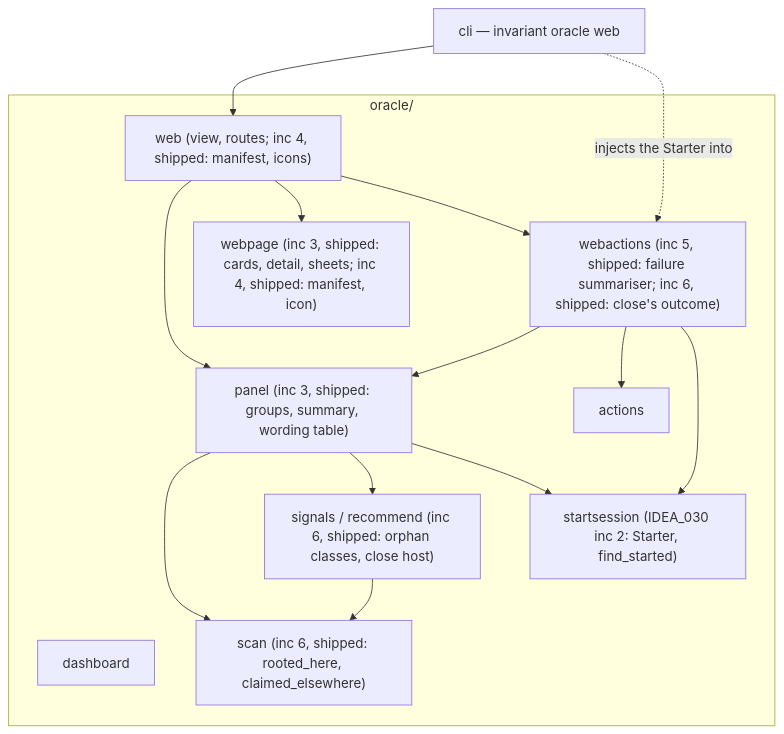
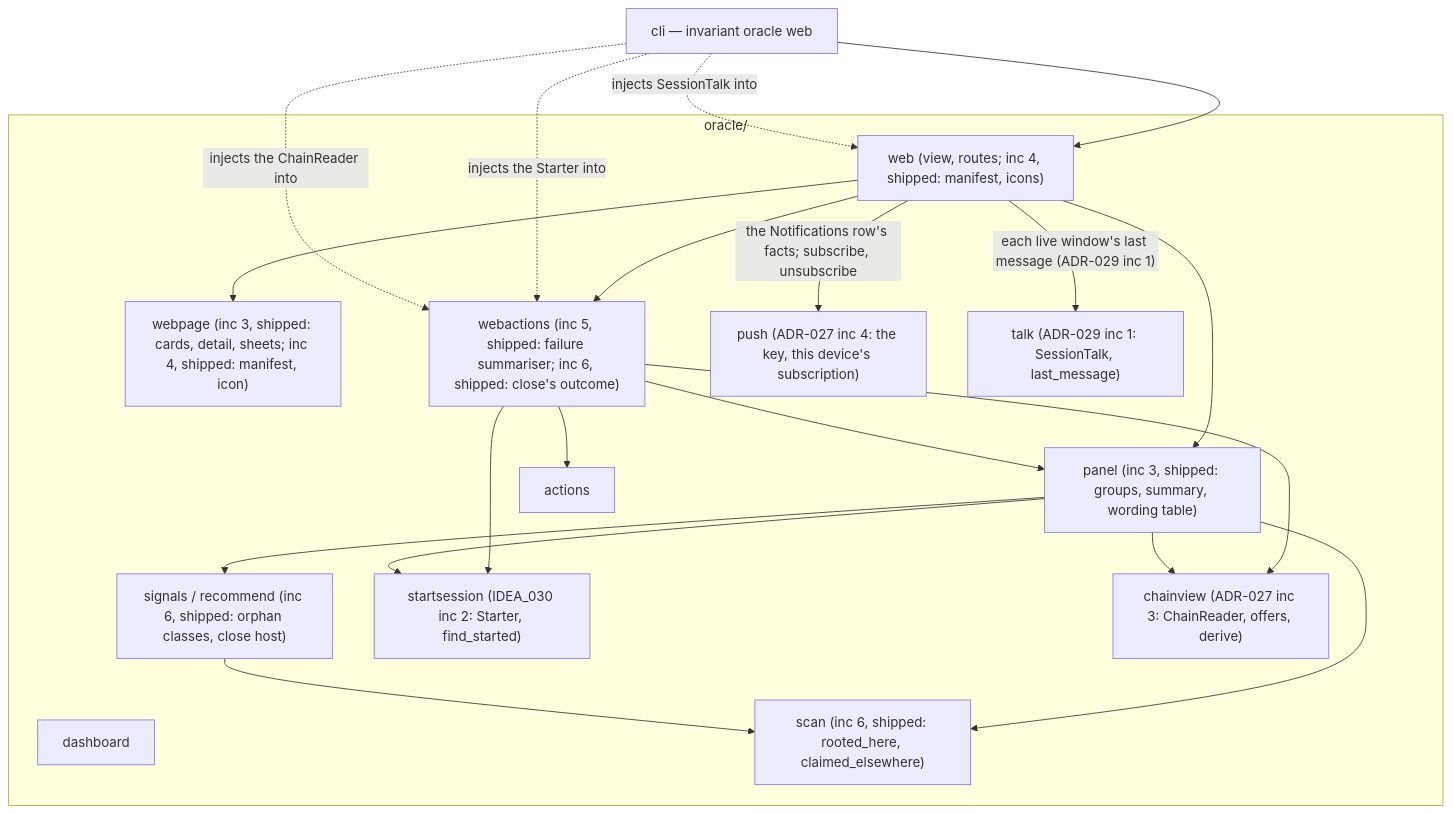
The first of 3 diagrams in docs/architecture/oracle-panel.rst (Mindchallenges/Invariant), drawn with Mermaid before and after one commit. The commit also changed other lines of this file and 184 other files, not shown here.

```diff
--- a/docs/architecture/oracle-panel.rst
+++ b/docs/architecture/oracle-panel.rst
@@ -42,27 +59,36 @@
 .. mermaid::
 
    graph TD
        CLI[cli — invariant oracle web]
        subgraph oracle["oracle/"]
            WEB["web (view, routes; inc 4, shipped: manifest, icons)"]
            PANEL["panel (inc 3, shipped: groups, summary, wording table)"]
            WEBPAGE["webpage (inc 3, shipped: cards, detail, sheets; inc 4, shipped: manifest, icon)"]
            WEBACT["webactions (inc 5, shipped: failure summariser; inc 6, shipped: close's outcome)"]
            ACTIONS[actions]
            DASH[dashboard]
            SIGNALS["signals / recommend (inc 6, shipped: orphan classes, close host)"]
            SCAN["scan (inc 6, shipped: rooted_here, claimed_elsewhere)"]
            START["startsession (IDEA_030 inc 2: Starter, find_started)"]
+           CHAINVIEW["chainview (ADR-027 inc 3: ChainReader, offers, derive)"]
+           PUSH["push (ADR-027 inc 4: the key, this device's subscription)"]
+           TALK["talk (ADR-029 inc 1: SessionTalk, last_message)"]
        end
        CLI --> WEB
        WEB --> PANEL
        WEB --> WEBPAGE
        WEB --> WEBACT
        PANEL --> SCAN
        PANEL --> SIGNALS
        WEBACT --> PANEL
        WEBACT --> ACTIONS
        SIGNALS --> SCAN
        WEBACT --> START
        PANEL --> START
        CLI -. injects the Starter into .-> WEBACT
+       CLI -. injects the ChainReader into .-> WEBACT
+       WEBACT --> CHAINVIEW
+       PANEL --> CHAINVIEW
+       WEB -- "the Notifications row's facts; subscribe, unsubscribe" --> PUSH
+       WEB -- "each live window's last message (ADR-029 inc 1)" --> TALK
+       CLI -. injects SessionTalk into .-> WEB
```
